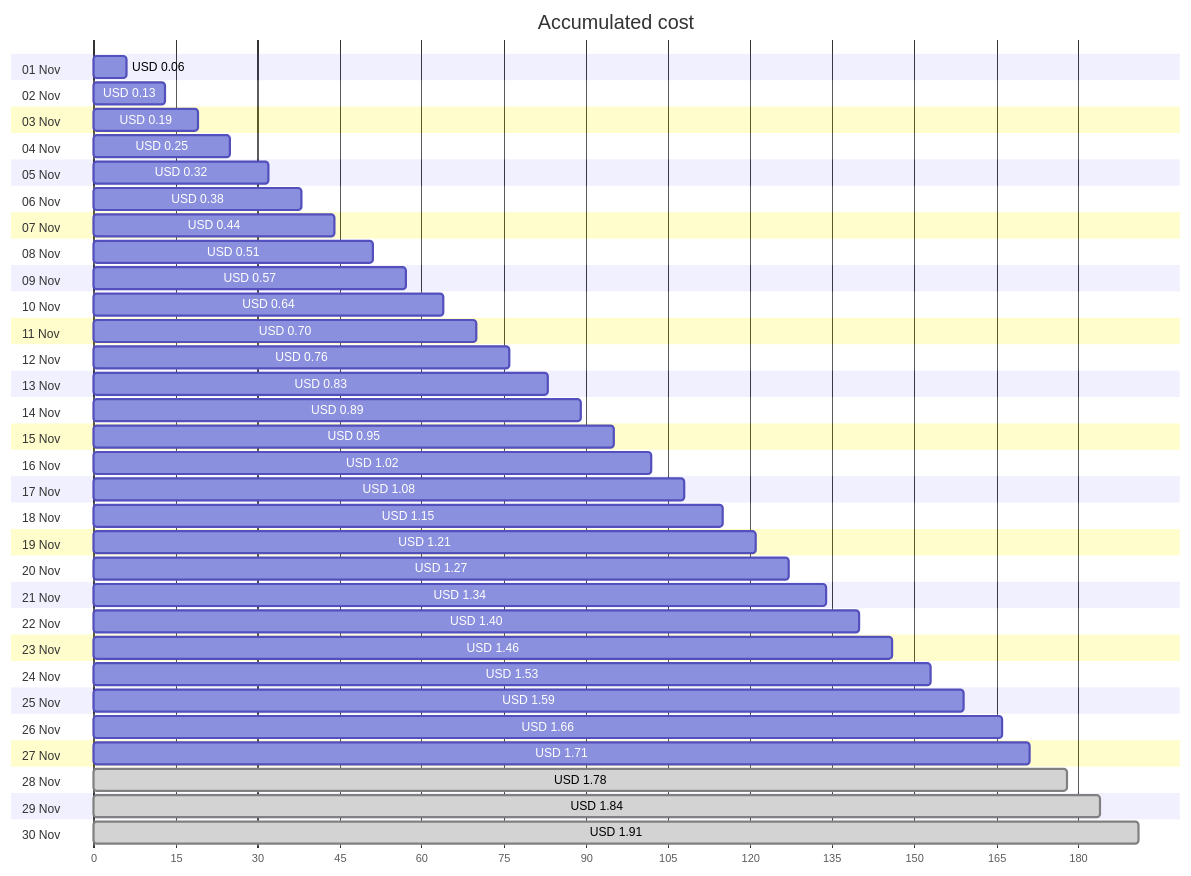
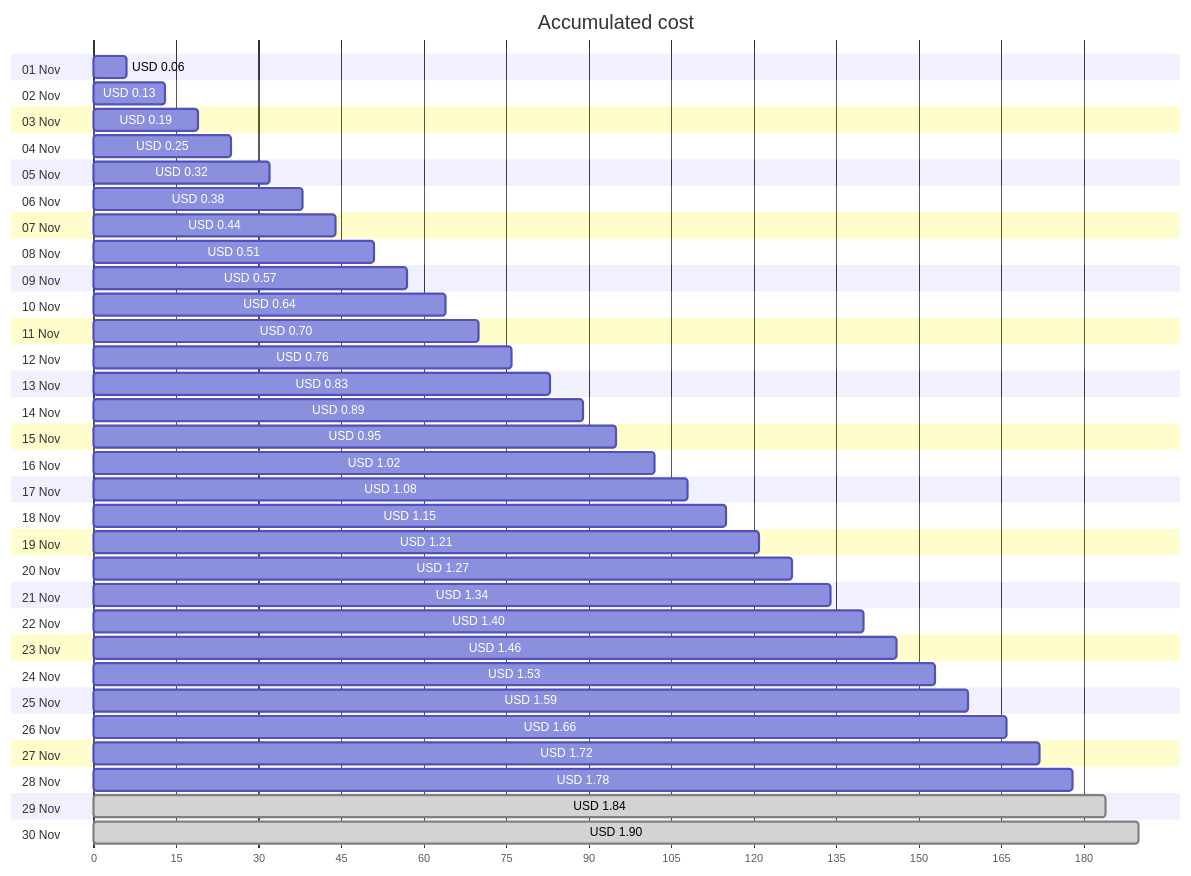
Before and after one commit to jpfulton/azure-personal-reports: the first of 4 diagrams in cost-reports/personal-network/vpn-server_OsDisk.md, drawn with Mermaid. The commit also changed other lines of this file and 8 other files, not shown here.

````diff
--- a/cost-reports/personal-network/vpn-server_OsDisk.md
+++ b/cost-reports/personal-network/vpn-server_OsDisk.md
@@ -20,66 +20,66 @@
 ```mermaid
 gantt
    title Accumulated cost
    dateFormat  X
    axisFormat %s
    section 01 Nov
    USD 0.06 :0, 6
    section 02 Nov
    USD 0.13 :0, 13
    section 03 Nov
    USD 0.19 :0, 19
    section 04 Nov
    USD 0.25 :0, 25
    section 05 Nov
    USD 0.32 :0, 32
    section 06 Nov
    USD 0.38 :0, 38
    section 07 Nov
    USD 0.44 :0, 44
    section 08 Nov
    USD 0.51 :0, 51
    section 09 Nov
    USD 0.57 :0, 57
    section 10 Nov
    USD 0.64 :0, 64
    section 11 Nov
    USD 0.70 :0, 70
    section 12 Nov
    USD 0.76 :0, 76
    section 13 Nov
    USD 0.83 :0, 83
    section 14 Nov
    USD 0.89 :0, 89
    section 15 Nov
    USD 0.95 :0, 95
    section 16 Nov
    USD 1.02 :0, 102
    section 17 Nov
    USD 1.08 :0, 108
    section 18 Nov
    USD 1.15 :0, 115
    section 19 Nov
    USD 1.21 :0, 121
    section 20 Nov
    USD 1.27 :0, 127
    section 21 Nov
    USD 1.34 :0, 134
    section 22 Nov
    USD 1.40 :0, 140
    section 23 Nov
    USD 1.46 :0, 146
    section 24 Nov
    USD 1.53 :0, 153
    section 25 Nov
    USD 1.59 :0, 159
    section 26 Nov
    USD 1.66 :0, 166
    section 27 Nov
-   USD 1.71 :0, 171
+   USD 1.72 :0, 172
    section 28 Nov
-   USD 1.78 : done, 0, 178
+   USD 1.78 :0, 178
    section 29 Nov
    USD 1.84 : done, 0, 184
    section 30 Nov
-   USD 1.91 : done, 0, 191
+   USD 1.90 : done, 0, 190
 ```
````
